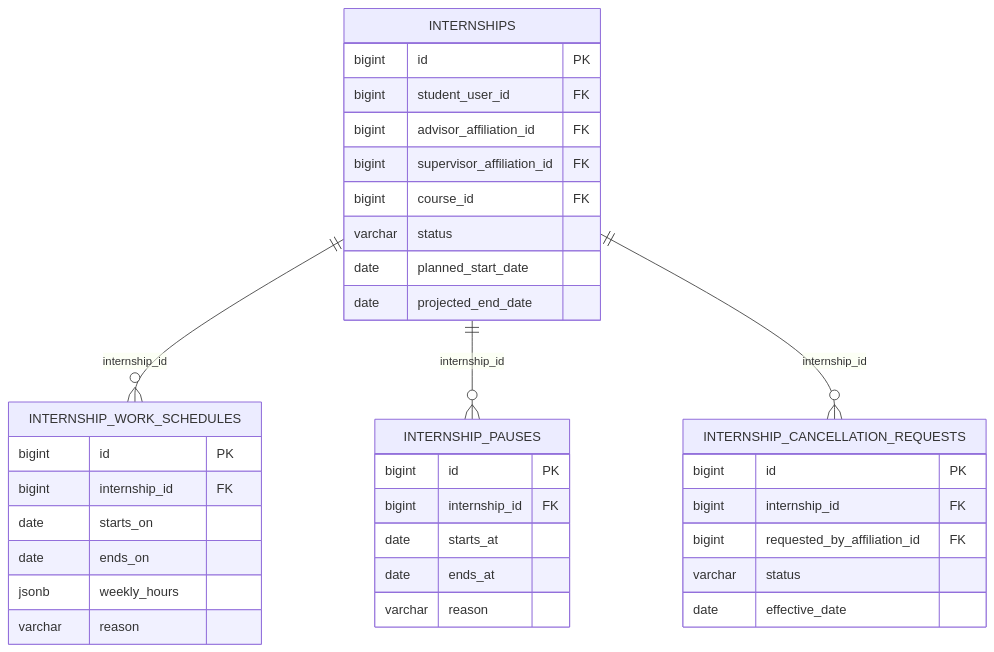
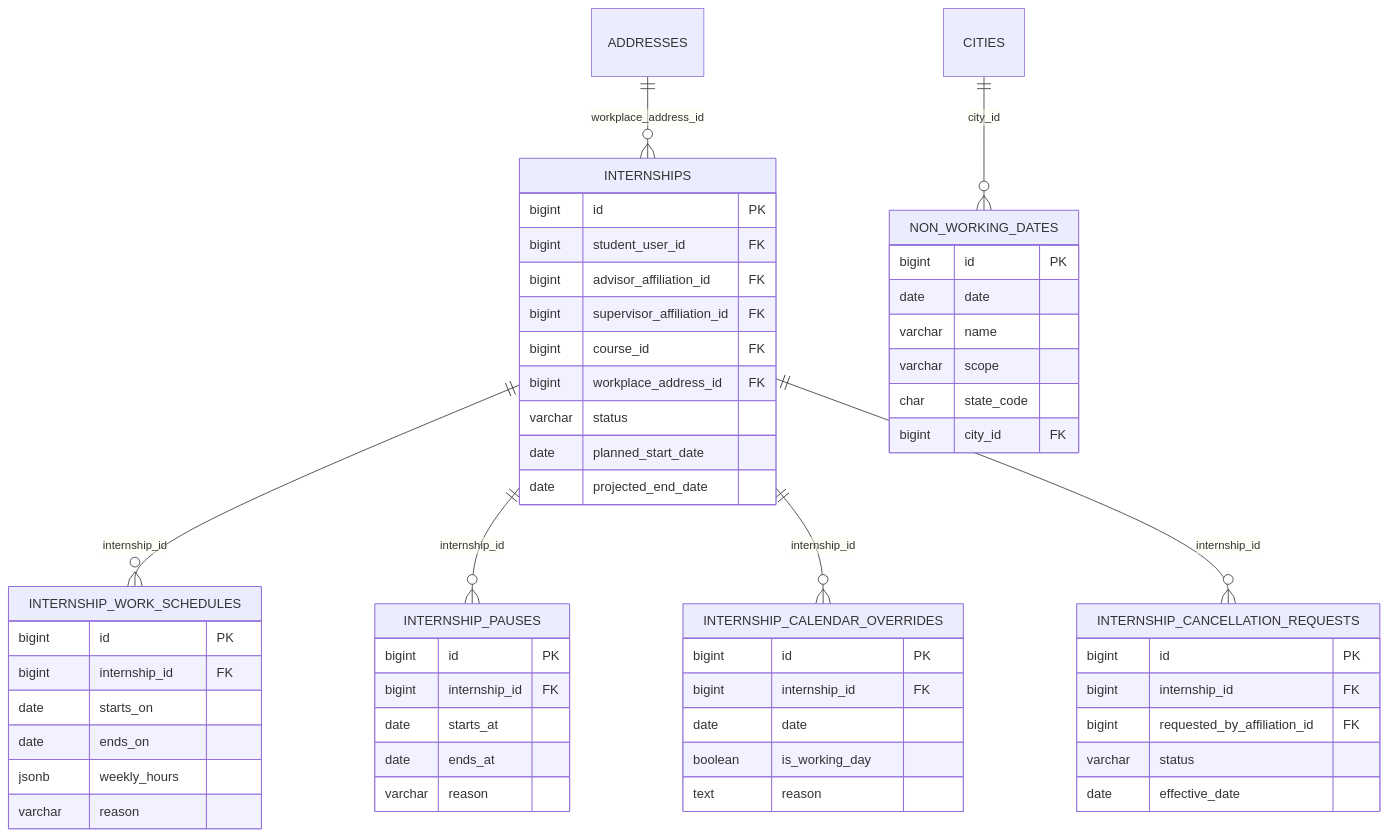
One commit to sge-suite/docs changed the diagram in docs/diagrams/sources/modelo-nucleo-execucao.mmd. Above: the diagram before and after it, drawn with Mermaid. The commit also changed 34 other files, not shown here.

Commit message:
docs: document local cities and holiday calendar

```diff
--- a/docs/diagrams/sources/modelo-nucleo-execucao.mmd
+++ b/docs/diagrams/sources/modelo-nucleo-execucao.mmd
@@ -1,37 +1,56 @@
 erDiagram
     INTERNSHIPS ||--o{ INTERNSHIP_WORK_SCHEDULES : internship_id
     INTERNSHIPS ||--o{ INTERNSHIP_PAUSES : internship_id
+    INTERNSHIPS ||--o{ INTERNSHIP_CALENDAR_OVERRIDES : internship_id
     INTERNSHIPS ||--o{ INTERNSHIP_CANCELLATION_REQUESTS : internship_id
+    ADDRESSES ||--o{ INTERNSHIPS : workplace_address_id
+    CITIES ||--o{ NON_WORKING_DATES : city_id
 
     INTERNSHIPS {
         bigint id PK
         bigint student_user_id FK
         bigint advisor_affiliation_id FK
         bigint supervisor_affiliation_id FK
         bigint course_id FK
+        bigint workplace_address_id FK
         varchar status
         date planned_start_date
         date projected_end_date
     }
     INTERNSHIP_WORK_SCHEDULES {
         bigint id PK
         bigint internship_id FK
         date starts_on
         date ends_on
         jsonb weekly_hours
         varchar reason
     }
     INTERNSHIP_PAUSES {
         bigint id PK
         bigint internship_id FK
         date starts_at
         date ends_at
         varchar reason
     }
+    NON_WORKING_DATES {
+        bigint id PK
+        date date
+        varchar name
+        varchar scope
+        char state_code
+        bigint city_id FK
+    }
+    INTERNSHIP_CALENDAR_OVERRIDES {
+        bigint id PK
+        bigint internship_id FK
+        date date
+        boolean is_working_day
+        text reason
+    }
     INTERNSHIP_CANCELLATION_REQUESTS {
         bigint id PK
         bigint internship_id FK
         bigint requested_by_affiliation_id FK
         varchar status
         date effective_date
     }
```
